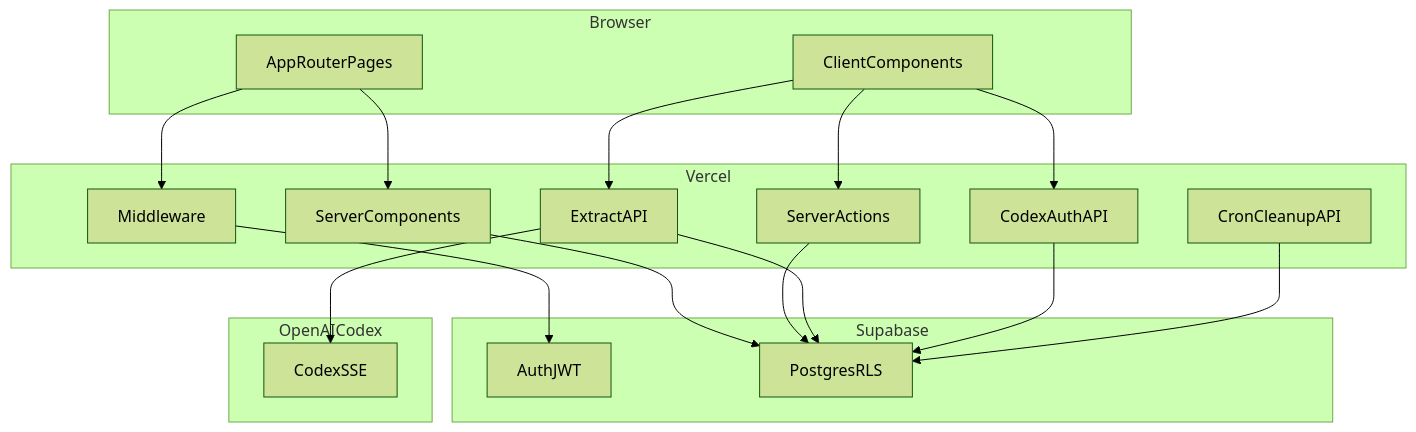
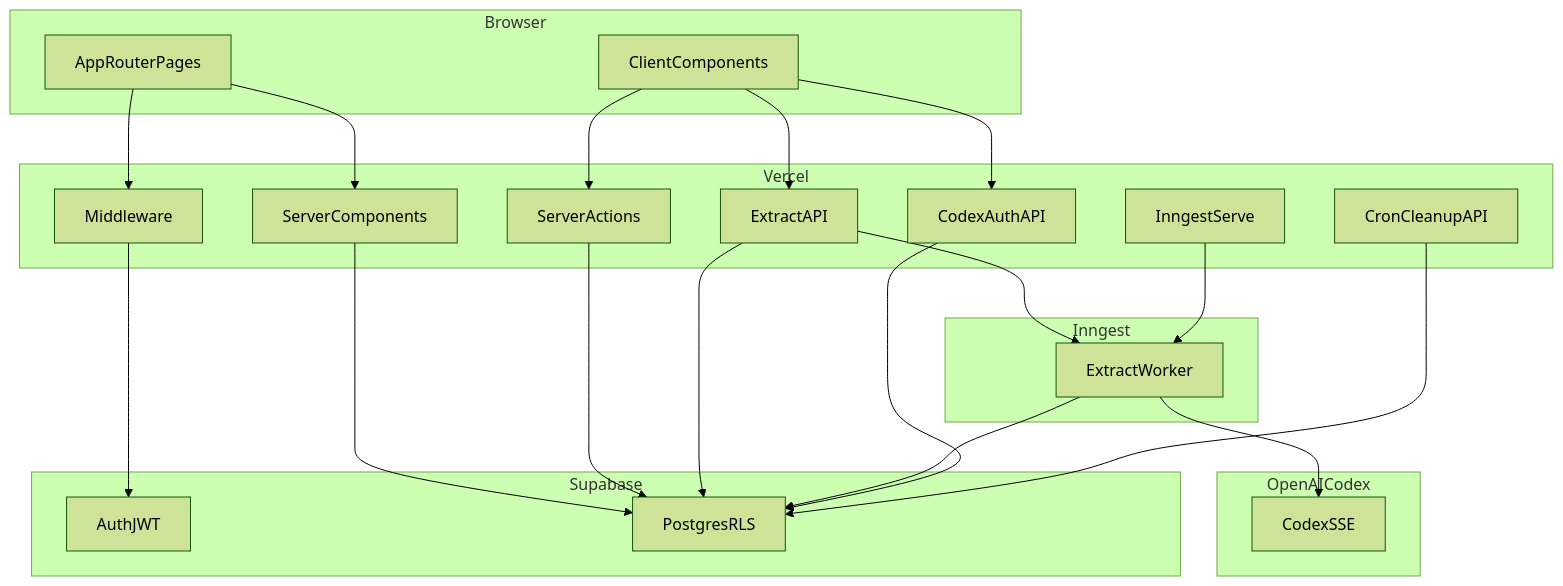
One commit to ranjitodedra/lock-in changed the diagram in README.md. Above: the diagram before and after it, drawn with Mermaid (forest theme). The commit also changed other lines of this file and 32 other files, not shown here.

````diff
--- a/README.md
+++ b/README.md
@@ -40,38 +41,46 @@
 ```mermaid
 flowchart TB
   subgraph client [Browser]
     Pages[AppRouterPages]
     ClientUI[ClientComponents]
   end
 
   subgraph vercel [Vercel]
     MW[Middleware]
     RSC[ServerComponents]
     SA[ServerActions]
     ExtractAPI[ExtractAPI]
+    InngestServe[InngestServe]
     CodexAPI[CodexAuthAPI]
     CronAPI[CronCleanupAPI]
+  end
+
+  subgraph jobs [Inngest]
+    ExtractWorker[ExtractWorker]
   end
 
   subgraph supabase [Supabase]
     Auth[AuthJWT]
     PG[PostgresRLS]
   end
 
   subgraph openai [OpenAICodex]
     SSE[CodexSSE]
   end
 
   Pages --> MW
   MW --> Auth
   Pages --> RSC
   RSC --> PG
   ClientUI --> ExtractAPI
   ClientUI --> CodexAPI
   ClientUI --> SA
   SA --> PG
   ExtractAPI --> PG
-  ExtractAPI --> SSE
+  ExtractAPI --> ExtractWorker
+  InngestServe --> ExtractWorker
+  ExtractWorker --> PG
+  ExtractWorker --> SSE
   CodexAPI --> PG
   CronAPI --> PG
 ```
````
